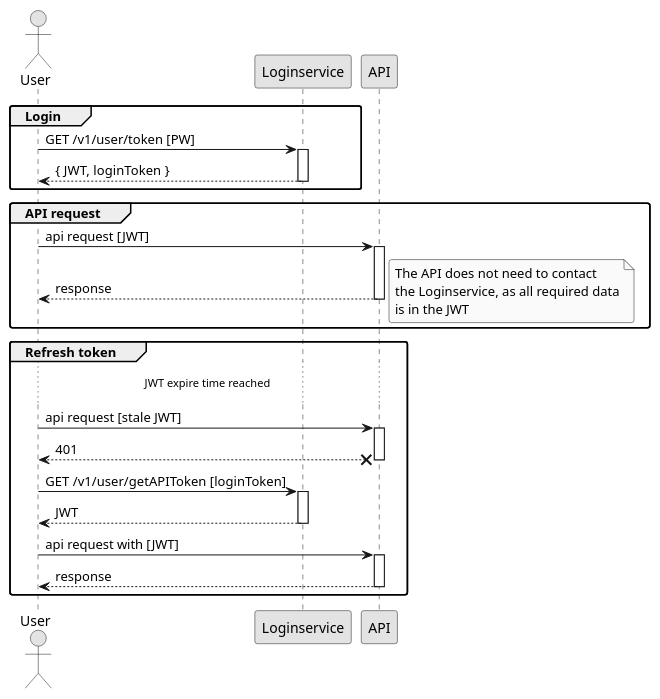
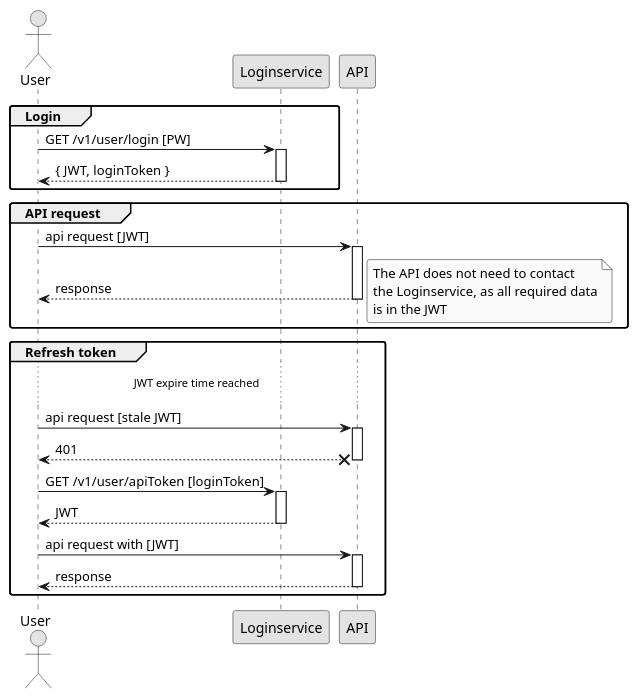
One commit to phuhl/apparts-login-server changed the second of 3 diagrams in README.org. Above: the diagram before and after it, drawn with PlantUML. The commit also changed other lines of this file and 5 other files, not shown here.

```diff
--- a/README.org
+++ b/README.org
@@ -318,46 +318,46 @@
 #+BEGIN_SRC plantuml :exports results :file login.png
 actor User
 skinparam roundcorner 5
 skinparam monochrome true
 skinparam shadowing false
 
 group Login
-User -> Loginservice : GET /v1/user/token [PW]
+User -> Loginservice : GET /v1/user/login [PW]
 activate Loginservice
 User <-- Loginservice : { JWT, loginToken }
 deactivate Loginservice
 end
 
 group API request
 User -> API : api request [JWT]
 activate API
 API --> User : response
 deactivate API
 note right
 The API does not need to contact
 the Loginservice, as all required data
 is in the JWT
 end note
 end
 
 group Refresh token
 
 ... JWT expire time reached  ...
 
 User -> API : api request [stale JWT]
 Activate API
 User <--x API : 401
 deactivate API
 
-User -> Loginservice : GET /v1/user/getAPIToken [loginToken]
+User -> Loginservice : GET /v1/user/apiToken [loginToken]
 activate Loginservice
 User <-- Loginservice : JWT
 deactivate Loginservice
 
 User -> API : api request with [JWT]
 activate API
 API --> User : response
 deactivate API
 end
 
 #+END_SRC
```
